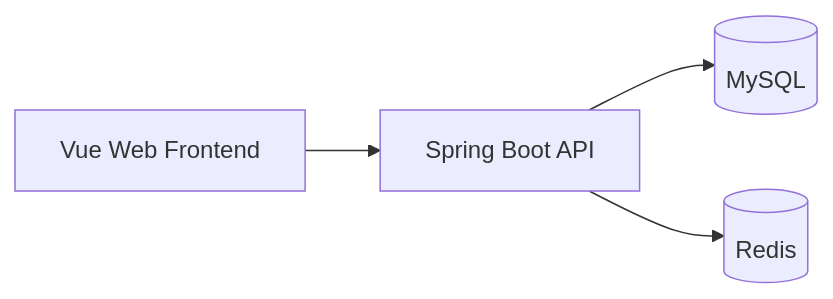
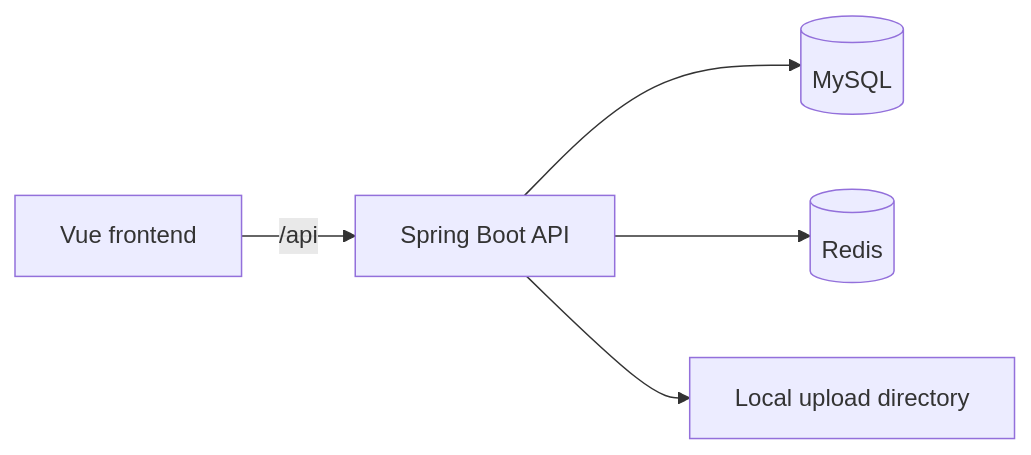
One commit to LoftyTao0622/FlowerKissTao changed the diagram in README.en.md. Above: the diagram before and after it, drawn with Mermaid. The commit also changed other lines of this file and 123 other files, not shown here.

````diff
--- a/README.en.md
+++ b/README.en.md
@@ -18,6 +21,7 @@
 ```mermaid
 flowchart LR
-    Web[Vue Web Frontend] --> API[Spring Boot API]
+    Browser[Vue frontend] -->|/api| API[Spring Boot API]
     API --> MySQL[(MySQL)]
     API --> Redis[(Redis)]
+    API --> Uploads[Local upload directory]
 ```
````
